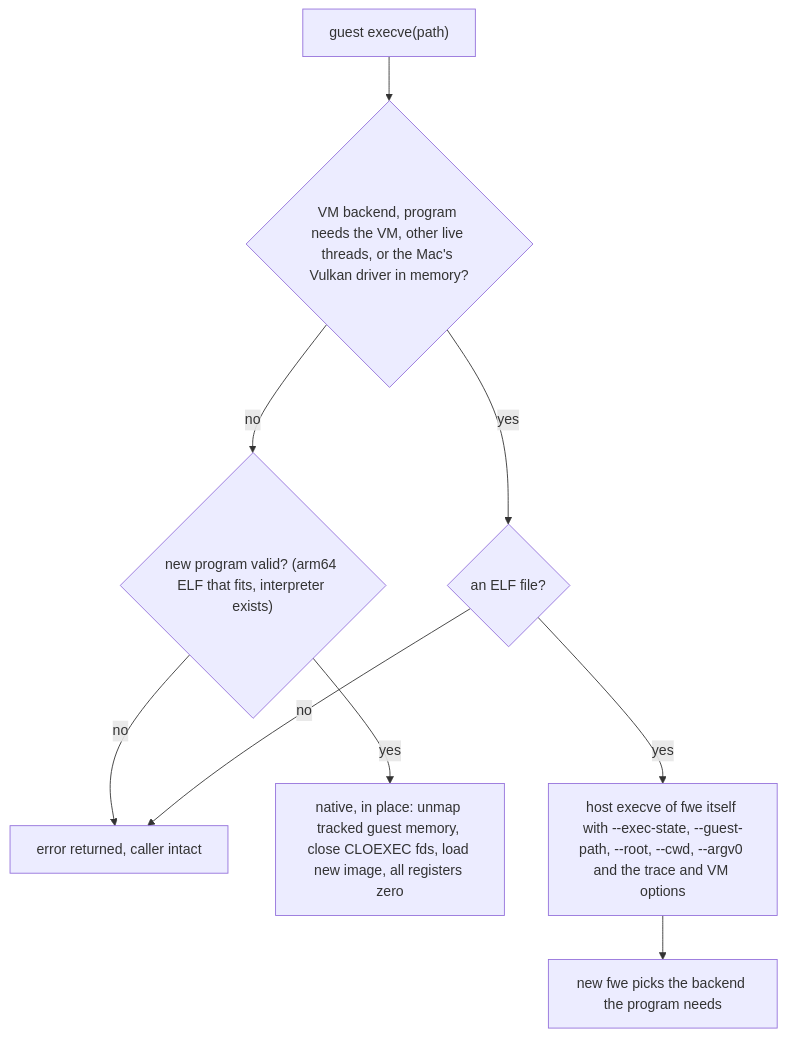
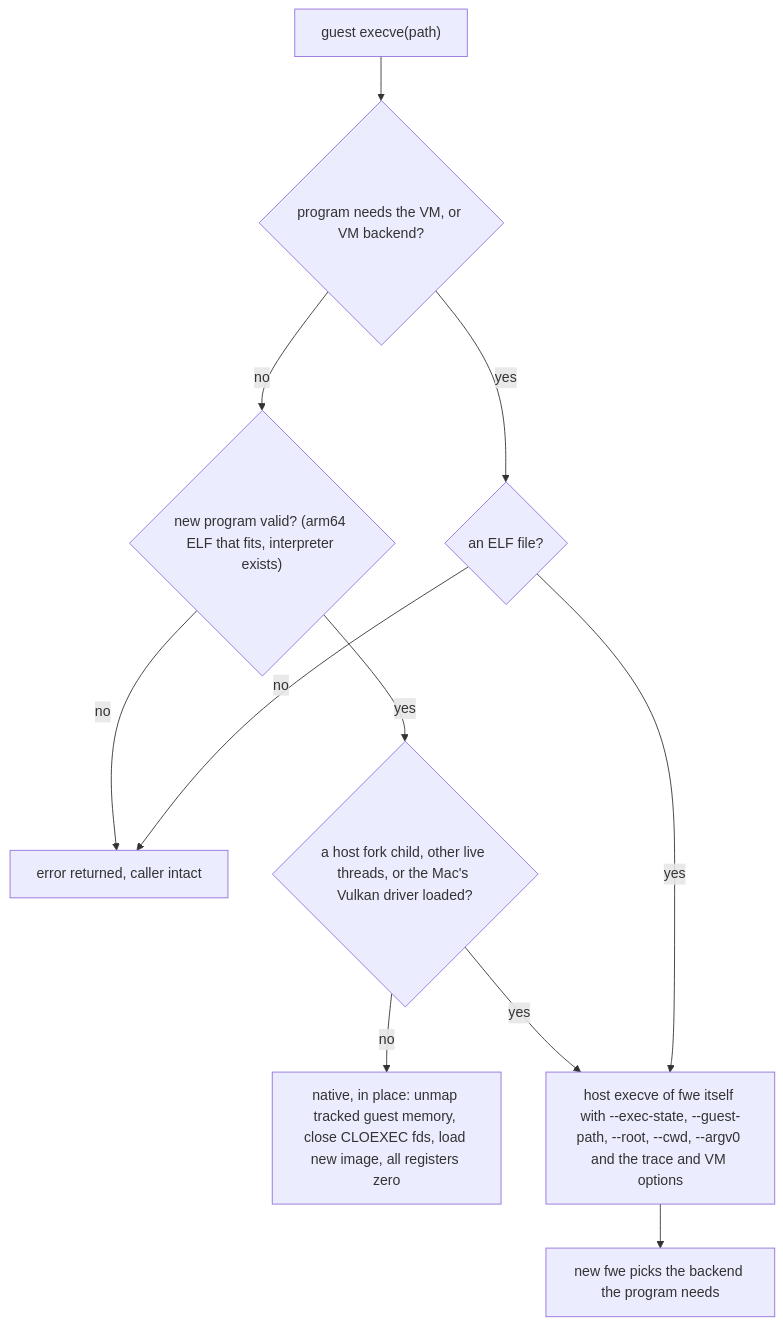
Before and after one commit to e6qu/fun-with-emulators: the ninth of 14 diagrams in docs/linux-on-macos.md, drawn with Mermaid. The commit also changed other lines of this file and 10 other files, not shown here.

Commit message:
An execve in a fork child re-executes fwe: Metal compiles only in an exec'd process; README examples run on XQuartz in CI

````diff
--- a/docs/linux-on-macos.md
+++ b/docs/linux-on-macos.md
@@ -1277,11 +1282,13 @@
 ```mermaid
 flowchart TD
-    e["guest execve(path)"] --> how{"VM backend, program needs the VM, other live threads, or the Mac's Vulkan driver in memory?"}
-    how -- no --> chk{"new program valid? (arm64 ELF that fits, interpreter exists)"}
+    e["guest execve(path)"] --> vm{"program needs the VM, or VM backend?"}
+    vm -- no --> chk{"new program valid? (arm64 ELF that fits, interpreter exists)"}
     chk -- no --> fail["error returned, caller intact"]
-    chk -- yes --> inplace["native, in place: unmap tracked guest memory, close CLOEXEC fds, load new image, all registers zero"]
-    how -- yes --> elf{"an ELF file?"}
+    chk -- yes --> how{"a host fork child, other live threads, or the Mac's Vulkan driver loaded?"}
+    how -- no --> inplace["native, in place: unmap tracked guest memory, close CLOEXEC fds, load new image, all registers zero"]
+    how -- yes --> reexec
+    vm -- yes --> elf{"an ELF file?"}
     elf -- no --> fail
     elf -- yes --> reexec["host execve of fwe itself with --exec-state, --guest-path, --root, --cwd, --argv0 and the trace and VM options"]
     reexec --> pick["new fwe picks the backend the program needs"]
 ```
````
